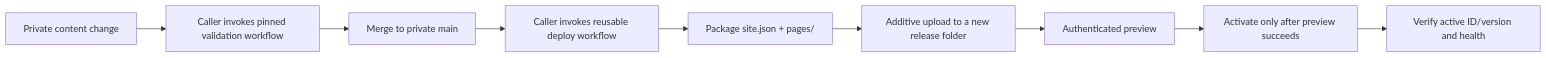
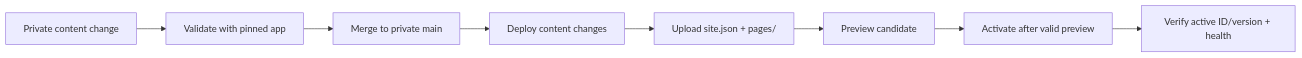
The second of 2 diagrams in docs/repositories.md (fredrik-hellmangroup/cv-online-presenter), drawn with Mermaid before and after one commit. The commit also changed other lines of this file and 6 other files, not shown here.

Commit message:
docs: simplify app and content documentation

````diff
--- a/docs/repositories.md
+++ b/docs/repositories.md
@@ -83,11 +104,10 @@
 ```mermaid
 flowchart LR
-    P["Private content change"] --> V["Caller invokes pinned validation workflow"]
+    P["Private content change"] --> V["Validate with pinned app"]
     V --> M["Merge to private main"]
-    M --> D["Caller invokes reusable deploy workflow"]
-    D --> C["Package site.json + pages/"]
-    C --> U["Additive upload to a new release folder"]
-    U --> R["Authenticated preview"]
-    R --> A["Activate only after preview succeeds"]
-    A --> H["Verify active ID/version and health"]
+    M --> D["Deploy content changes"]
+    D --> U["Upload site.json + pages/"]
+    U --> R["Preview candidate"]
+    R --> A["Activate after valid preview"]
+    A --> H["Verify active ID/version + health"]
 ```
````
